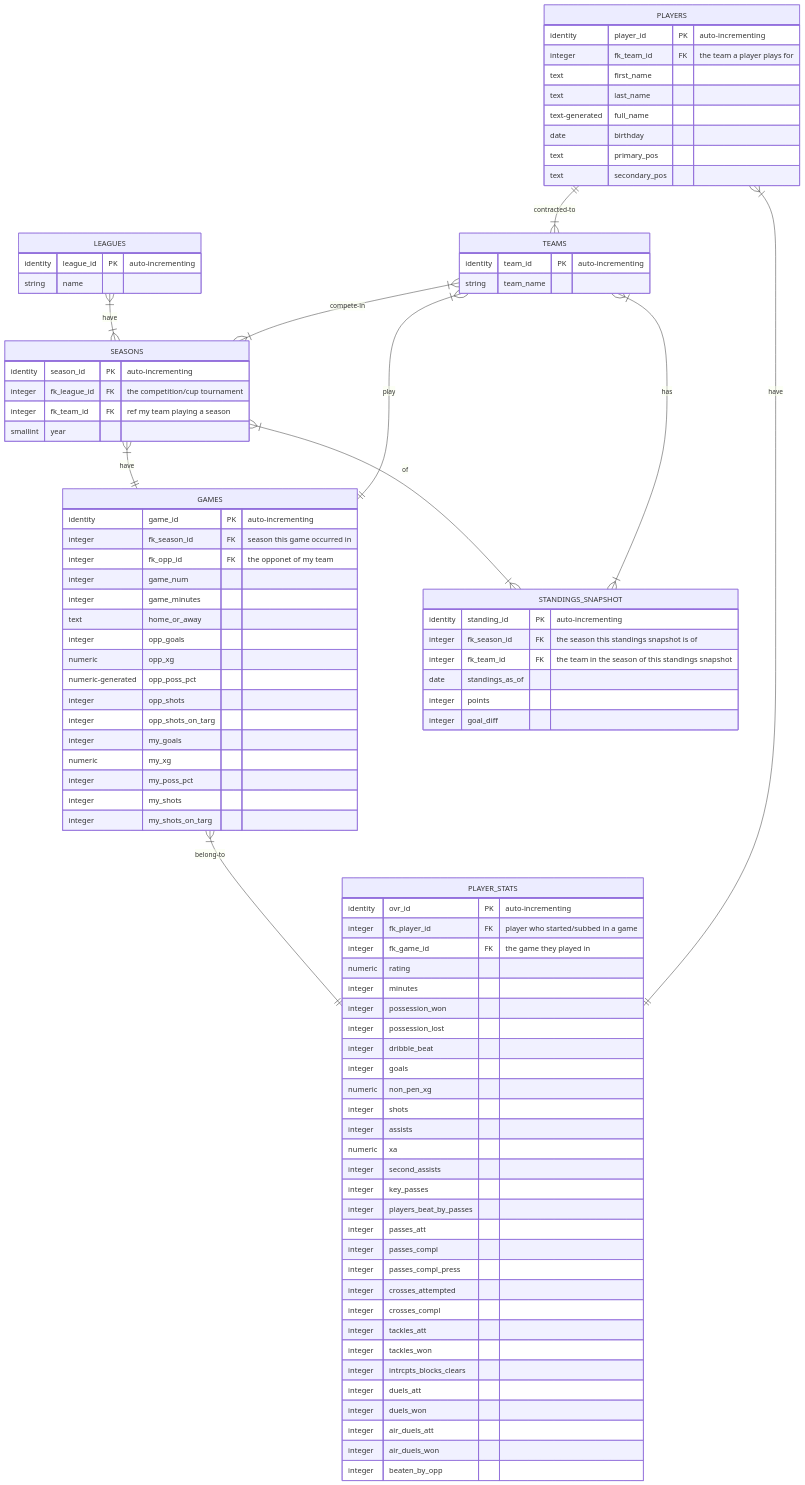
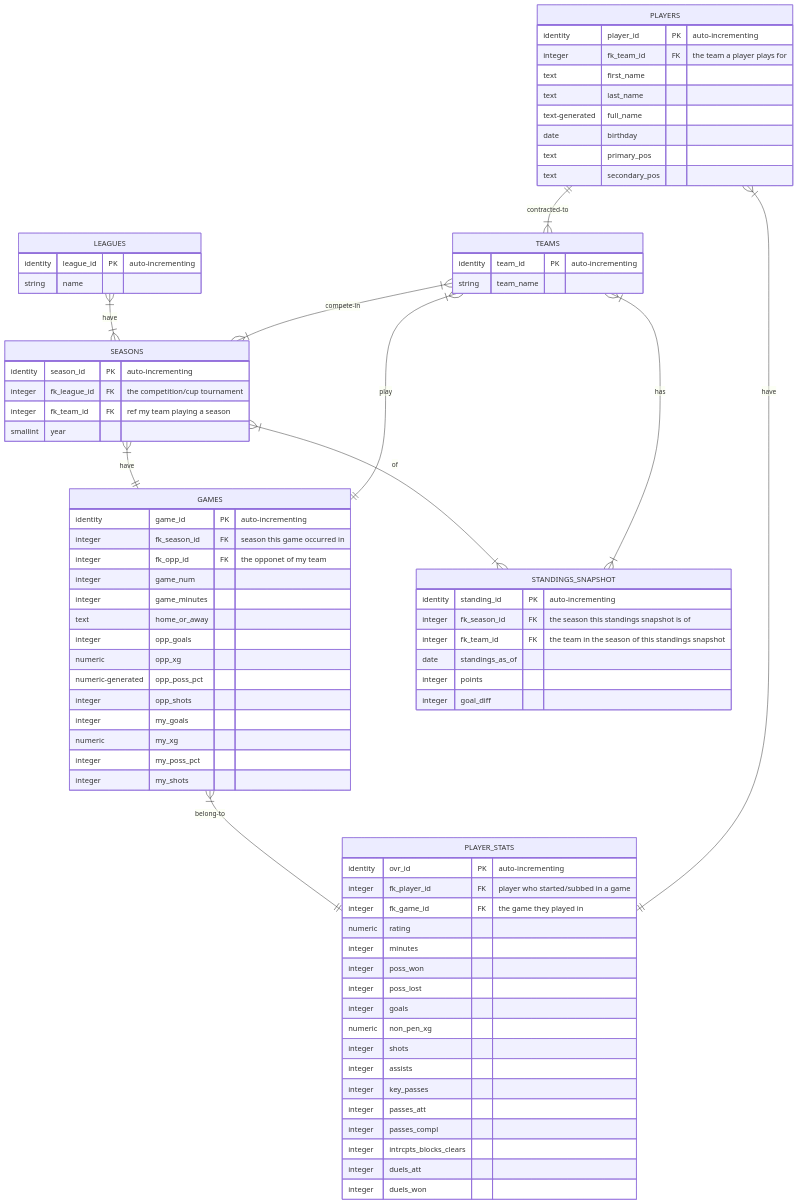
One commit to BrandonHoeft/fifa-career-mode-db changed the diagram in README.md. Above: the diagram before and after it, drawn with Mermaid.

Commit message:
update: ERD diagram for this save

```diff
--- a/README.md
+++ b/README.md
@@ -42,12 +42,10 @@
             numeric opp_xg
             numeric-generated opp_poss_pct
             integer opp_shots
-            integer opp_shots_on_targ
             integer my_goals
             numeric my_xg
             integer my_poss_pct
             integer my_shots
-            integer my_shots_on_targ
        }
     TEAMS }|--|| GAMES : play
     PLAYERS ||--|{ TEAMS : contracted-to
@@ -69,31 +67,18 @@
             integer fk_game_id  FK "the game they played in"
             numeric rating
             integer minutes
-            integer possession_won
-            integer possession_lost
-            integer dribble_beat
+            integer poss_won
+            integer poss_lost
             integer goals
             numeric non_pen_xg
             integer shots
             integer assists
-            numeric xa
-            integer second_assists
             integer key_passes
-            integer players_beat_by_passes
             integer passes_att
             integer passes_compl
-            integer passes_compl_press
-            integer crosses_attempted
-            integer crosses_compl
-            integer tackles_att
-            integer tackles_won
             integer intrcpts_blocks_clears
             integer duels_att
-            integer duels_won
-            integer air_duels_att
-            integer air_duels_won
-            integer beaten_by_opp
-            
+            integer duels_won            
         }
     PLAYERS }|--|| PLAYER_STATS : have
  
```
